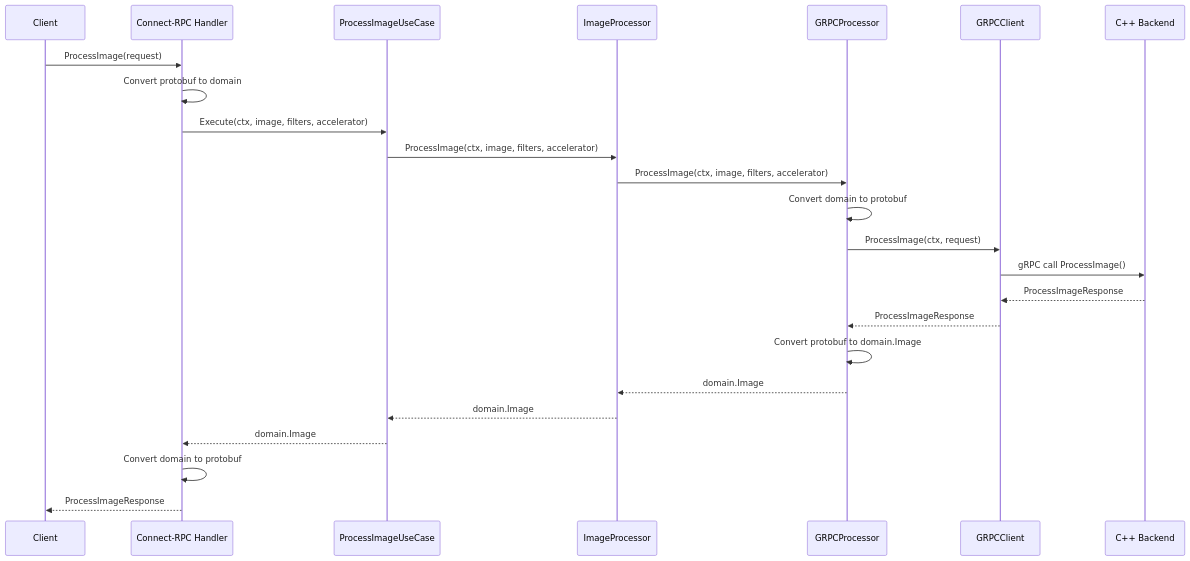
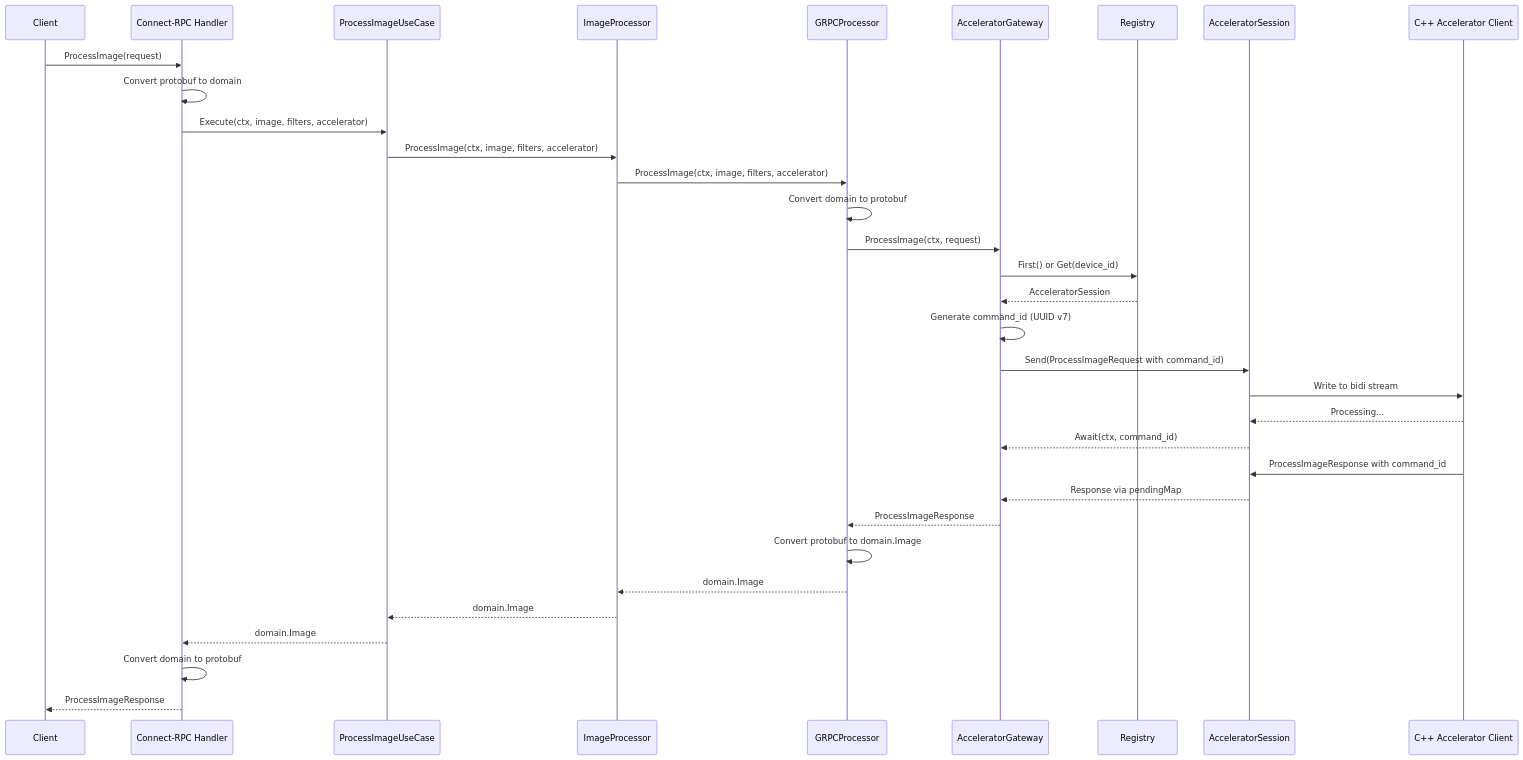
The third of 10 diagrams in src/go_api/README.md (josnelihurt/learning-cuda), drawn with Mermaid before and after one commit. The commit also changed other lines of this file and 2 other files, not shown here.

Commit message:
docs: documentation update for the new communication schema

````diff
--- a/src/go_api/README.md
+++ b/src/go_api/README.md
@@ -346,29 +377,41 @@
 ```mermaid
 sequenceDiagram
     participant Client as Client
     participant Handler as Connect-RPC Handler
     participant UseCase as ProcessImageUseCase
     participant Processor as ImageProcessor
     participant GRPCProc as GRPCProcessor
-    participant GRPCClient as GRPCClient
-    participant CppBackend as C++ Backend
+    participant Gateway as AcceleratorGateway
+    participant Registry as Registry
+    participant Session as AcceleratorSession
+    participant CppClient as C++ Accelerator Client
     
     Client->>Handler: ProcessImage(request)
     Handler->>Handler: Convert protobuf to domain
     Handler->>UseCase: Execute(ctx, image, filters, accelerator)
     
     UseCase->>Processor: ProcessImage(ctx, image, filters, accelerator)
     Processor->>GRPCProc: ProcessImage(ctx, image, filters, accelerator)
     
     GRPCProc->>GRPCProc: Convert domain to protobuf
-    GRPCProc->>GRPCClient: ProcessImage(ctx, request)
-    GRPCClient->>CppBackend: gRPC call ProcessImage()
-    CppBackend-->>GRPCClient: ProcessImageResponse
-    GRPCClient-->>GRPCProc: ProcessImageResponse
+    GRPCProc->>Gateway: ProcessImage(ctx, request)
+    
+    Gateway->>Registry: First() or Get(device_id)
+    Registry-->>Gateway: AcceleratorSession
+    
+    Gateway->>Gateway: Generate command_id (UUID v7)
+    Gateway->>Session: Send(ProcessImageRequest with command_id)
+    Session->>CppClient: Write to bidi stream
+    CppClient-->>Session: Processing...
+    Session-->>Gateway: Await(ctx, command_id)
+    CppClient->>Session: ProcessImageResponse with command_id
+    Session-->>Gateway: Response via pendingMap
+    
+    Gateway-->>GRPCProc: ProcessImageResponse
     GRPCProc->>GRPCProc: Convert protobuf to domain.Image
     GRPCProc-->>Processor: domain.Image
     Processor-->>UseCase: domain.Image
     UseCase-->>Handler: domain.Image
     Handler->>Handler: Convert domain to protobuf
     Handler-->>Client: ProcessImageResponse
 ```
````
